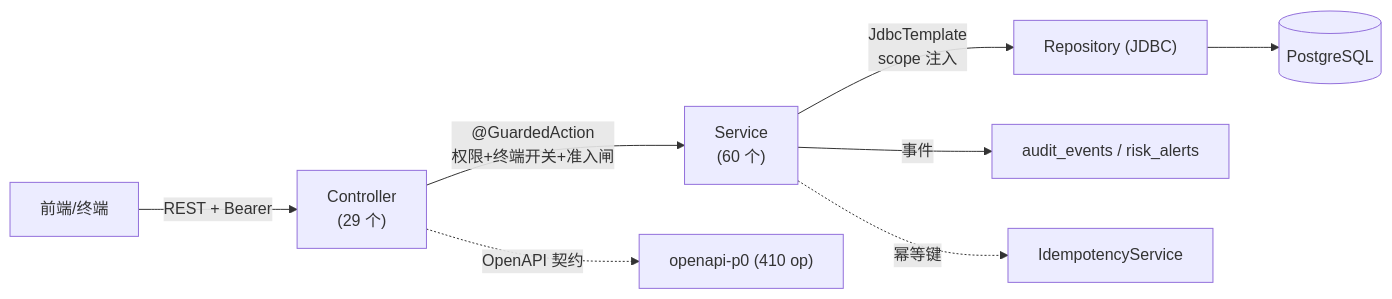
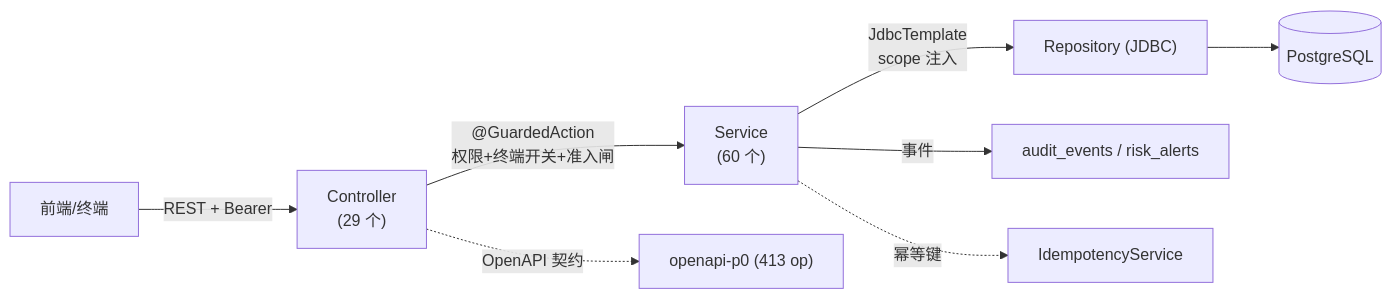
The third of 5 diagrams in docs/architecture-overview-v0.1.md (jxh1979/mall), drawn with Mermaid before and after one commit. The commit also changed other lines of this file and 89 other files, not shown here.

````diff
--- a/docs/architecture-overview-v0.1.md
+++ b/docs/architecture-overview-v0.1.md
@@ -98,10 +98,10 @@
 ```mermaid
 graph LR
   UI["前端/终端"] -->|"REST + Bearer"| CTRL["Controller<br/>(29 个)"]
   CTRL -->|"@GuardedAction<br/>权限+终端开关+准入闸"| SVC["Service<br/>(60 个)"]
   SVC -->|"JdbcTemplate<br/>scope 注入"| REPO["Repository (JDBC)"]
   REPO --> PG[("PostgreSQL")]
   SVC -->|"事件"| AUD["audit_events / risk_alerts"]
   SVC -. "幂等键" .-> IDEM["IdempotencyService"]
-  CTRL -. "OpenAPI 契约" .-> OAS["openapi-p0 (410 op)"]
+  CTRL -. "OpenAPI 契约" .-> OAS["openapi-p0 (413 op)"]
 ```
````
